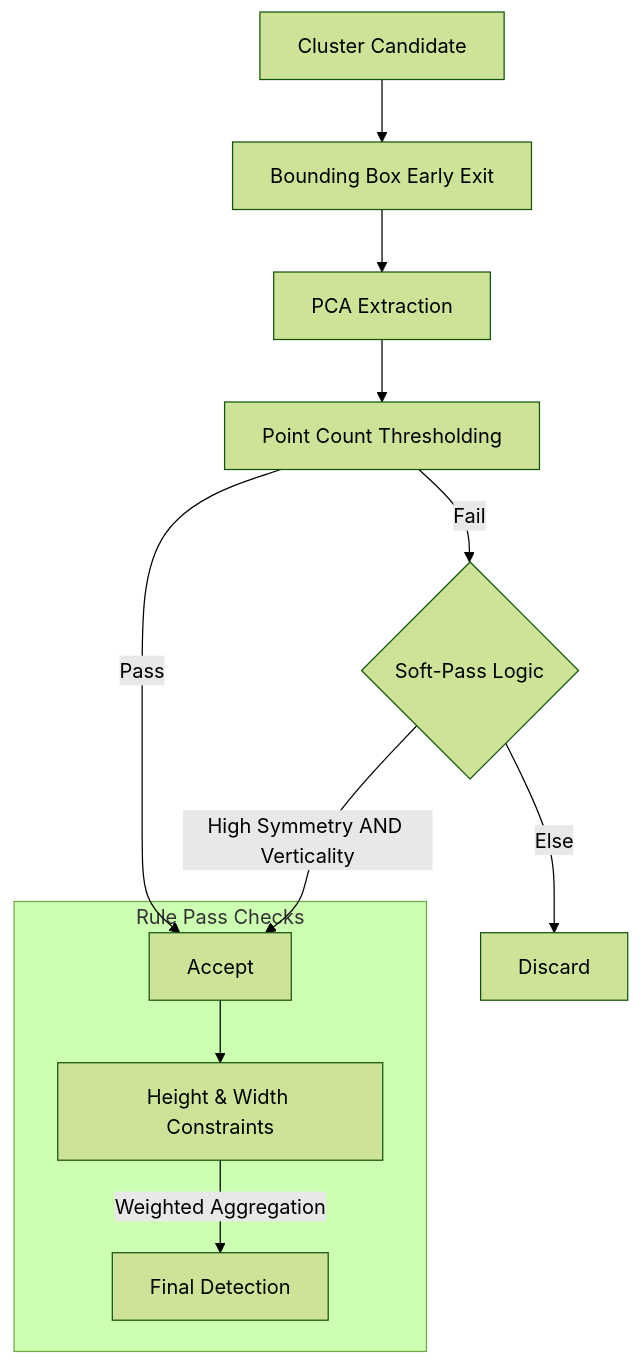
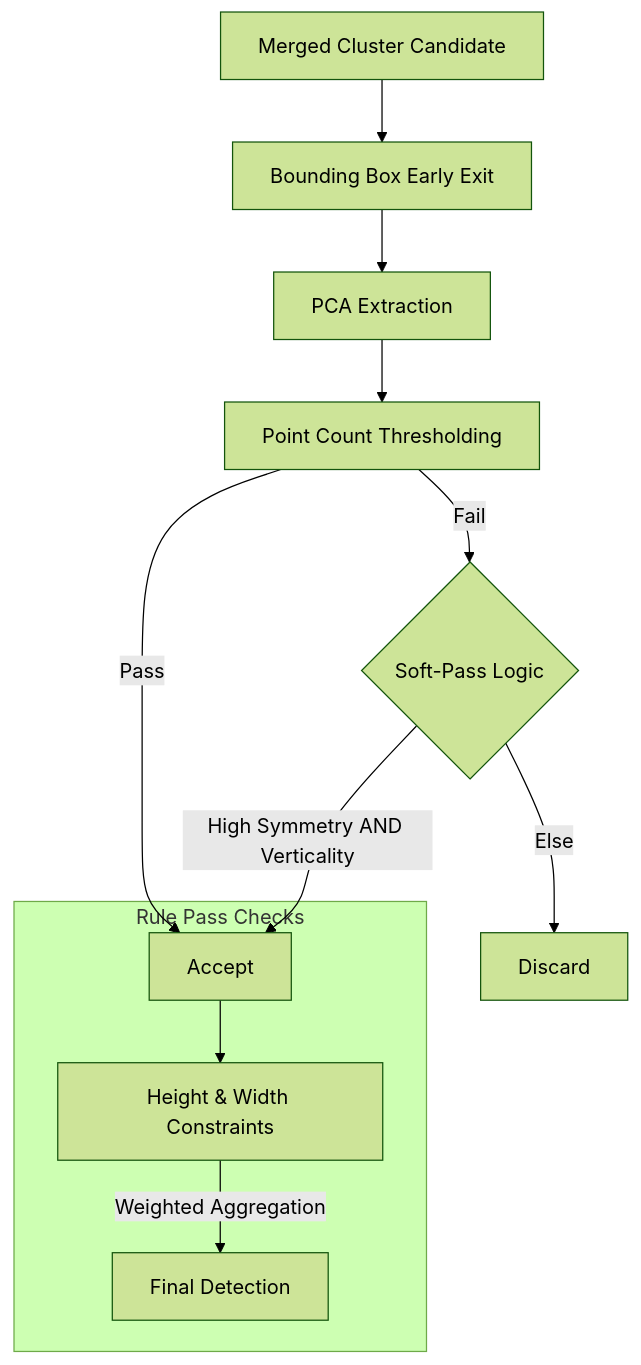
The diagram in docs/estimation.md (lorefargio/Lidar_based_Cone_Detection), drawn with Mermaid (forest theme) before and after one commit. The commit also changed 3 other files, not shown here.

````diff
--- a/docs/estimation.md
+++ b/docs/estimation.md
@@ -9,15 +9,15 @@
 ```mermaid
 graph TD
-    A[Cluster Candidate] --> B[Bounding Box Early Exit]
+    A[Merged Cluster Candidate] --> B[Bounding Box Early Exit]
     B --> C[PCA Extraction]
     C --> D[Point Count Thresholding]
     D -- "Pass" --> G[Accept]
     D -- "Fail" --> E{Soft-Pass Logic}
     E -- "High Symmetry AND Verticality" --> G
     E -- "Else" --> F[Discard]
 
     subgraph "Rule Pass Checks"
     G --> I[Height & Width Constraints]
     I -- "Weighted Aggregation" --> J[Final Detection]
     end
 ```
````
